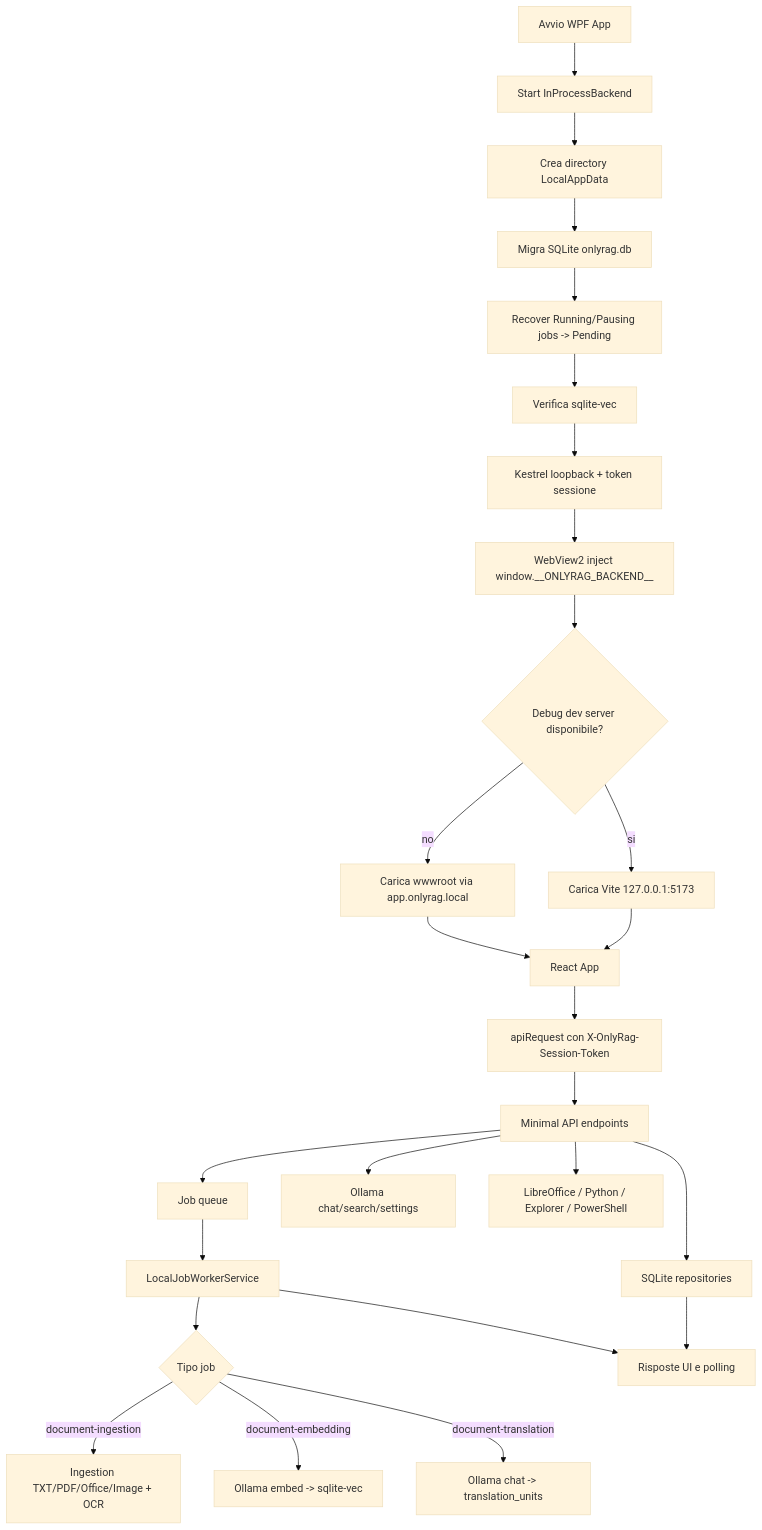
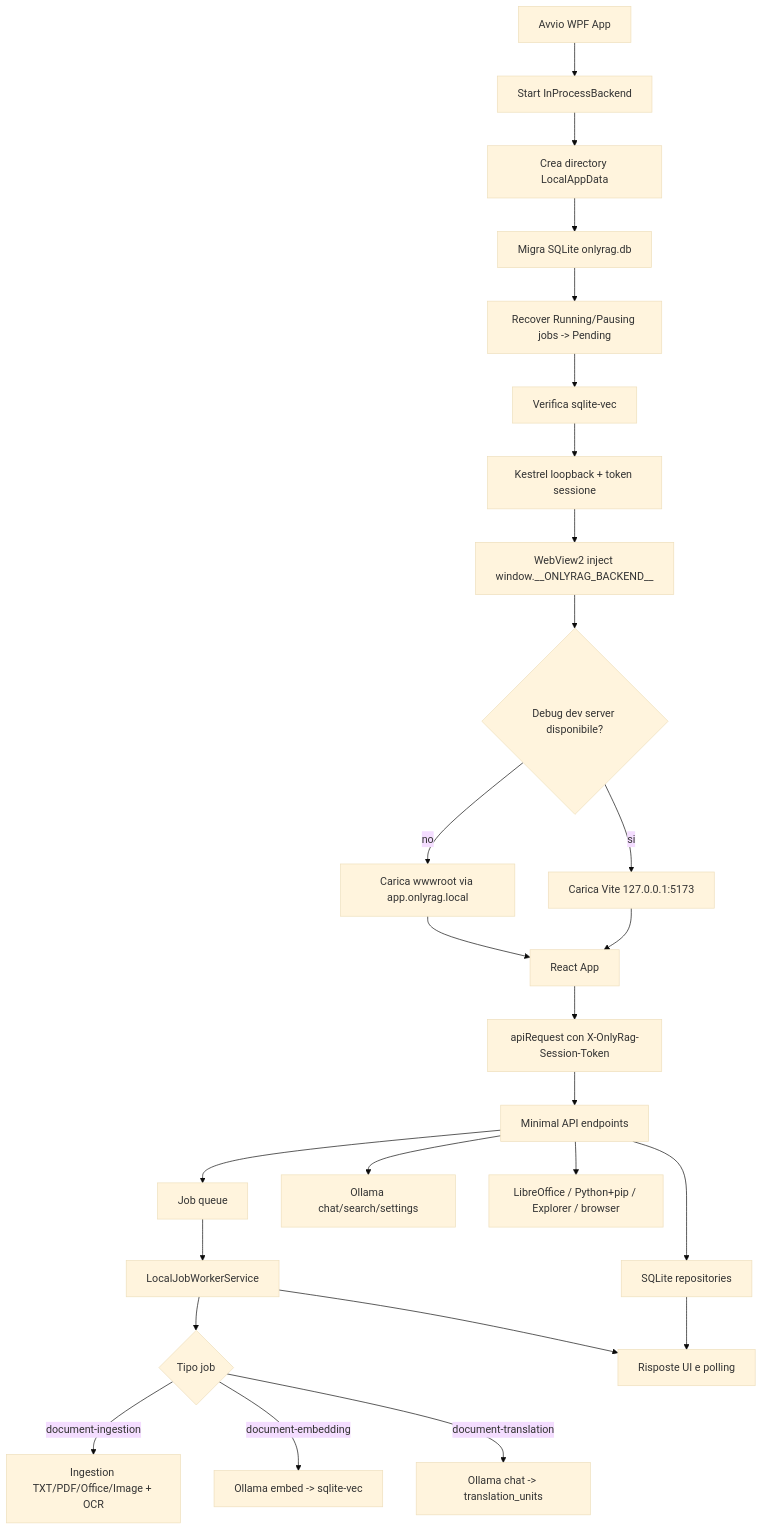
One commit to dennidalpos/OnlyRag changed the diagram in docs/APP_FLOW.md. Above: the diagram before and after it, drawn with Mermaid (base theme). The commit also changed other lines of this file and 29 other files, not shown here.

````diff
--- a/docs/APP_FLOW.md
+++ b/docs/APP_FLOW.md
@@ -23,28 +24,28 @@
 ```mermaid
 flowchart TD
     A["Avvio WPF App"] --> B["Start InProcessBackend"]
     B --> C["Crea directory LocalAppData"]
     C --> D["Migra SQLite onlyrag.db"]
     D --> E["Recover Running/Pausing jobs -> Pending"]
     E --> F["Verifica sqlite-vec"]
     F --> G["Kestrel loopback + token sessione"]
     G --> H["WebView2 inject window.__ONLYRAG_BACKEND__"]
     H --> I{"Debug dev server disponibile?"}
     I -->|si| J["Carica Vite 127.0.0.1:5173"]
     I -->|no| K["Carica wwwroot via app.onlyrag.local"]
     J --> L["React App"]
     K --> L
     L --> M["apiRequest con X-OnlyRag-Session-Token"]
     M --> N["Minimal API endpoints"]
     N --> O["SQLite repositories"]
     N --> P["Job queue"]
     P --> Q["LocalJobWorkerService"]
     Q --> R{"Tipo job"}
     R -->|document-ingestion| S["Ingestion TXT/PDF/Office/Image + OCR"]
     R -->|document-embedding| T["Ollama embed -> sqlite-vec"]
     R -->|document-translation| U["Ollama chat -> translation_units"]
     N --> V["Ollama chat/search/settings"]
-    N --> W["LibreOffice / Python / Explorer / PowerShell"]
+    N --> W["LibreOffice / Python+pip / Explorer / browser"]
     O --> X["Risposte UI e polling"]
     Q --> X
 ```
````
